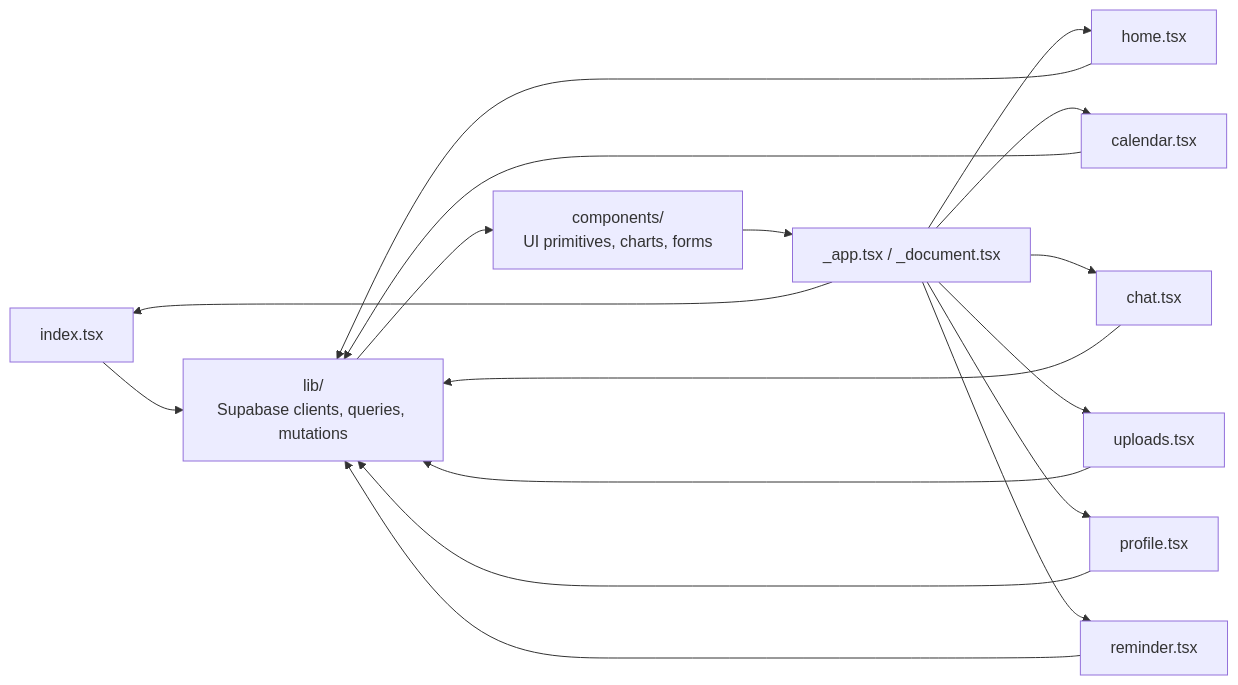
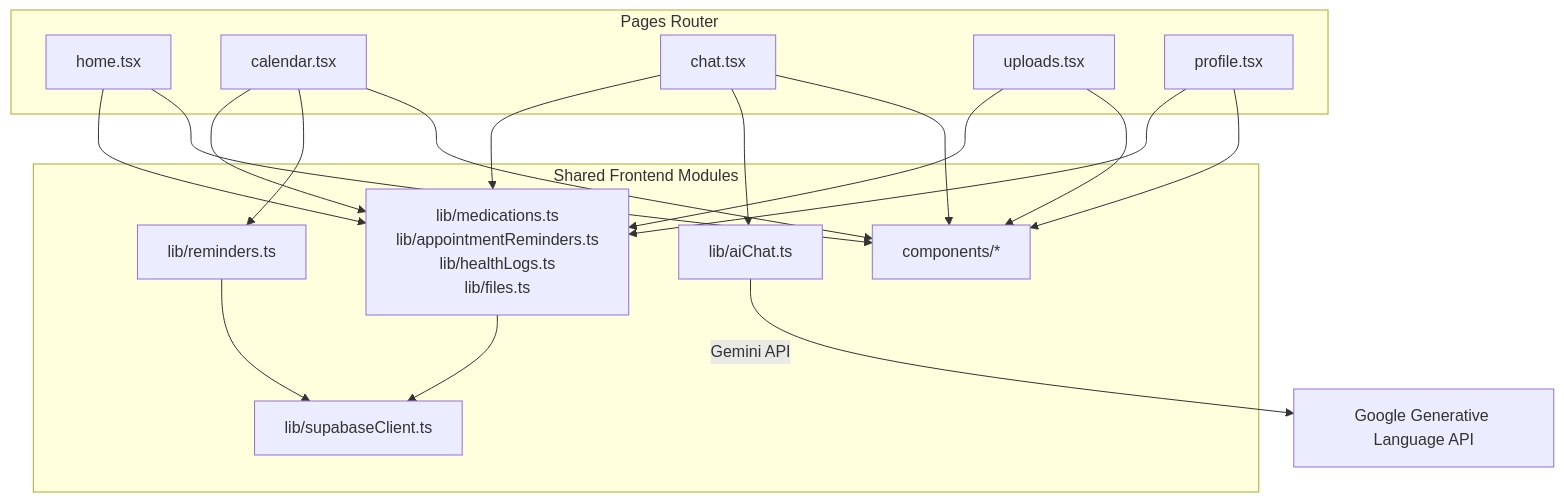
Before and after one commit to hoangsonww/SymptomSync-Health-App: the third of 19 diagrams in ARCHITECTURE.md, drawn with Mermaid. The commit also changed other lines of this file and 56 other files, not shown here.

````diff
--- a/ARCHITECTURE.md
+++ b/ARCHITECTURE.md
@@ -54,30 +120,36 @@
 ```mermaid
-graph LR
-  A["index.tsx"]
-  B["home.tsx"]
-  C["calendar.tsx"]
-  D["chat.tsx"]
-  E["uploads.tsx"]
-  F["profile.tsx"]
-  G["reminder.tsx"]
-  Shared["_app.tsx / _document.tsx"]
-  Store["lib/\nSupabase clients, queries, mutations"]
-  UI["components/\nUI primitives, charts, forms"]
+flowchart TB
+  subgraph Pages["Pages Router"]
+    Home["home.tsx"]
+    Calendar["calendar.tsx"]
+    Chat["chat.tsx"]
+    Uploads["uploads.tsx"]
+    Profile["profile.tsx"]
+  end
 
-  Shared --> A
-  Shared --> B
-  Shared --> C
-  Shared --> D
-  Shared --> E
-  Shared --> F
-  Shared --> G
-  A --> Store
-  B --> Store
-  C --> Store
-  D --> Store
-  E --> Store
-  F --> Store
-  G --> Store
-  Store --> UI
-  UI --> Shared
+  subgraph Shared["Shared Frontend Modules"]
+    SupabaseClient["lib/supabaseClient.ts"]
+    DataLib["lib/medications.ts\nlib/appointmentReminders.ts\nlib/healthLogs.ts\nlib/files.ts"]
+    ReminderLib["lib/reminders.ts"]
+    AIChatLib["lib/aiChat.ts"]
+    UIComponents["components/*"]
+  end
+
+  Home --> DataLib
+  Calendar --> DataLib
+  Calendar --> ReminderLib
+  Chat --> DataLib
+  Chat --> AIChatLib
+  Uploads --> DataLib
+  Profile --> DataLib
+
+  DataLib --> SupabaseClient
+  ReminderLib --> SupabaseClient
+  AIChatLib -->|"Gemini API"| GeminiAPI["Google Generative Language API"]
+
+  Home --> UIComponents
+  Calendar --> UIComponents
+  Chat --> UIComponents
+  Uploads --> UIComponents
+  Profile --> UIComponents
 ```
````
